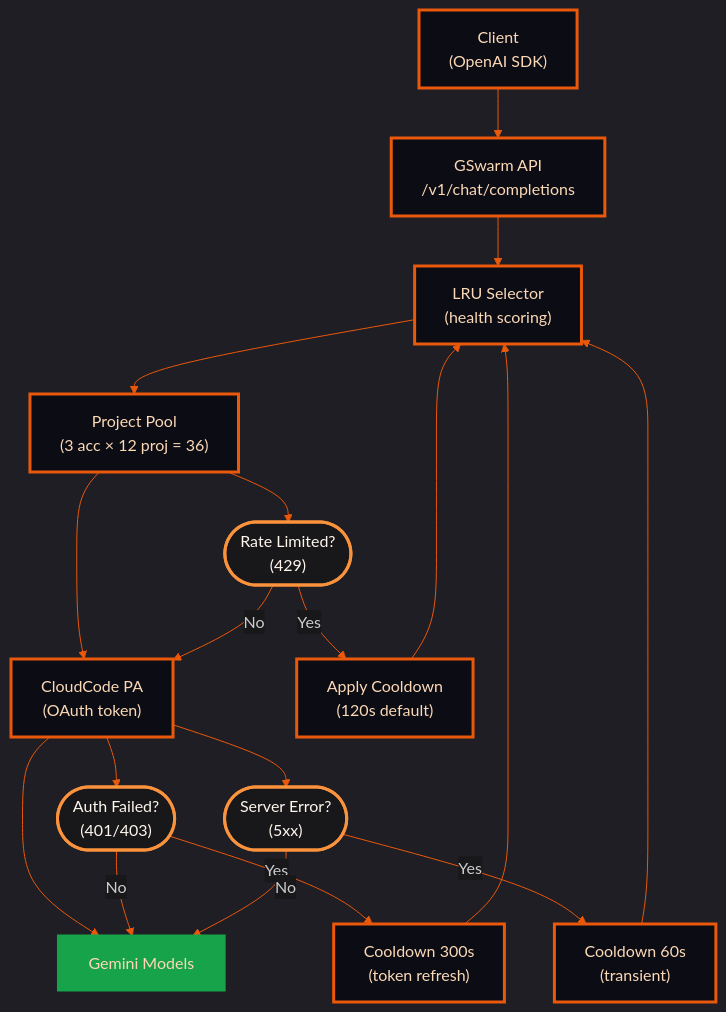
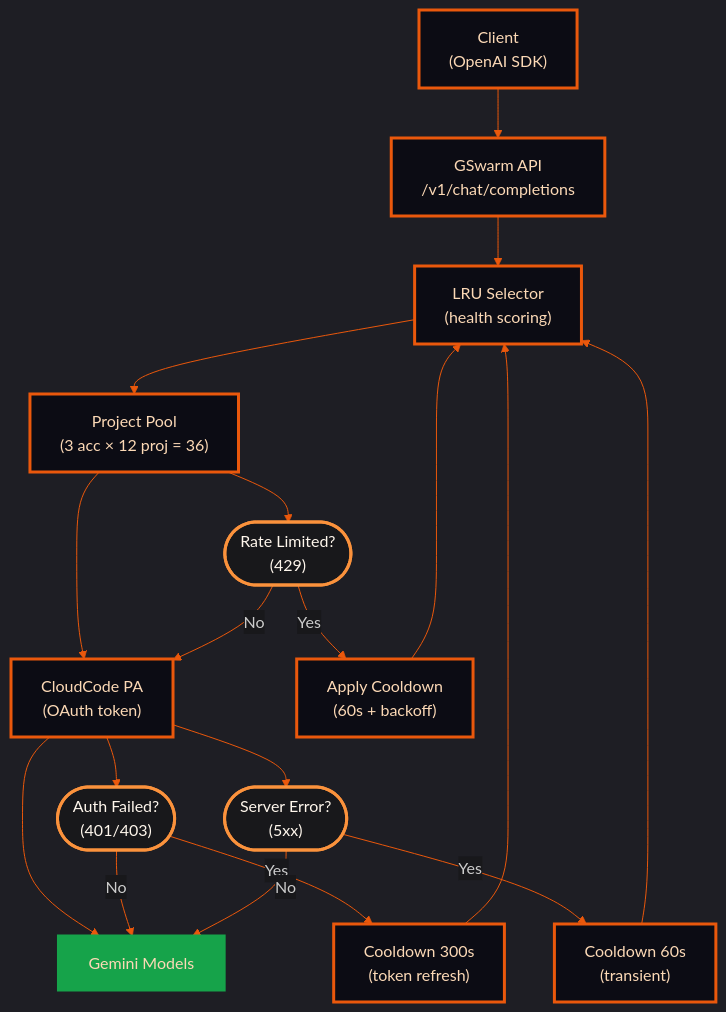
One commit to bosmadev/gswarm changed the first of 2 diagrams in README.md. Above: the diagram before and after it, drawn with Mermaid. The commit also changed other lines of this file and 11 other files, not shown here.

````diff
--- a/README.md
+++ b/README.md
@@ -69,37 +76,37 @@
 ```mermaid
 %%{init: {'theme': 'dark', 'themeVariables': { 'primaryColor': '#0c0c14', 'primaryTextColor': '#fcd9b6', 'primaryBorderColor': '#c2410c', 'lineColor': '#ea580c', 'edgeLabelBackground': '#18181b'}}}%%
 graph TD
     A["Client<br/>(OpenAI SDK)"] --> B["GSwarm API<br/>/v1/chat/completions"]
     B --> C["LRU Selector<br/>(health scoring)"]
     C --> D["Project Pool<br/>(3 acc × 12 proj = 36)"]
     D --> E["CloudCode PA<br/>(OAuth token)"]
     E --> F["Gemini Models"]
 
     D --> G(["Rate Limited?<br/>(429)"])
-    G -->|Yes| H["Apply Cooldown<br/>(120s default)"]
+    G -->|Yes| H["Apply Cooldown<br/>(60s + backoff)"]
     H --> C
     G -->|No| E
 
     E --> I(["Auth Failed?<br/>(401/403)"])
     I -->|Yes| J["Cooldown 300s<br/>(token refresh)"]
     J --> C
     I -->|No| F
 
     E --> K(["Server Error?<br/>(5xx)"])
     K -->|Yes| L["Cooldown 60s<br/>(transient)"]
     L --> C
     K -->|No| F
 
     style A fill:#0c0c14,stroke:#ea580c,stroke-width:3px,color:#fcd9b6
     style B fill:#0c0c14,stroke:#ea580c,stroke-width:3px,color:#fcd9b6
     style C fill:#0c0c14,stroke:#ea580c,stroke-width:3px,color:#fcd9b6
     style D fill:#0c0c14,stroke:#ea580c,stroke-width:3px,color:#fcd9b6
     style E fill:#0c0c14,stroke:#ea580c,stroke-width:3px,color:#fcd9b6
     style F fill:#16a34a,stroke:#16a34a,stroke-width:3px,color:#fcd9b6
     style G fill:#18181b,stroke:#fb923c,stroke-width:3px,color:#fff7ed
     style H fill:#0c0c14,stroke:#ea580c,stroke-width:3px,color:#fcd9b6
     style I fill:#18181b,stroke:#fb923c,stroke-width:3px,color:#fff7ed
     style J fill:#0c0c14,stroke:#ea580c,stroke-width:3px,color:#fcd9b6
     style K fill:#18181b,stroke:#fb923c,stroke-width:3px,color:#fff7ed
     style L fill:#0c0c14,stroke:#ea580c,stroke-width:3px,color:#fcd9b6
 ```
````
